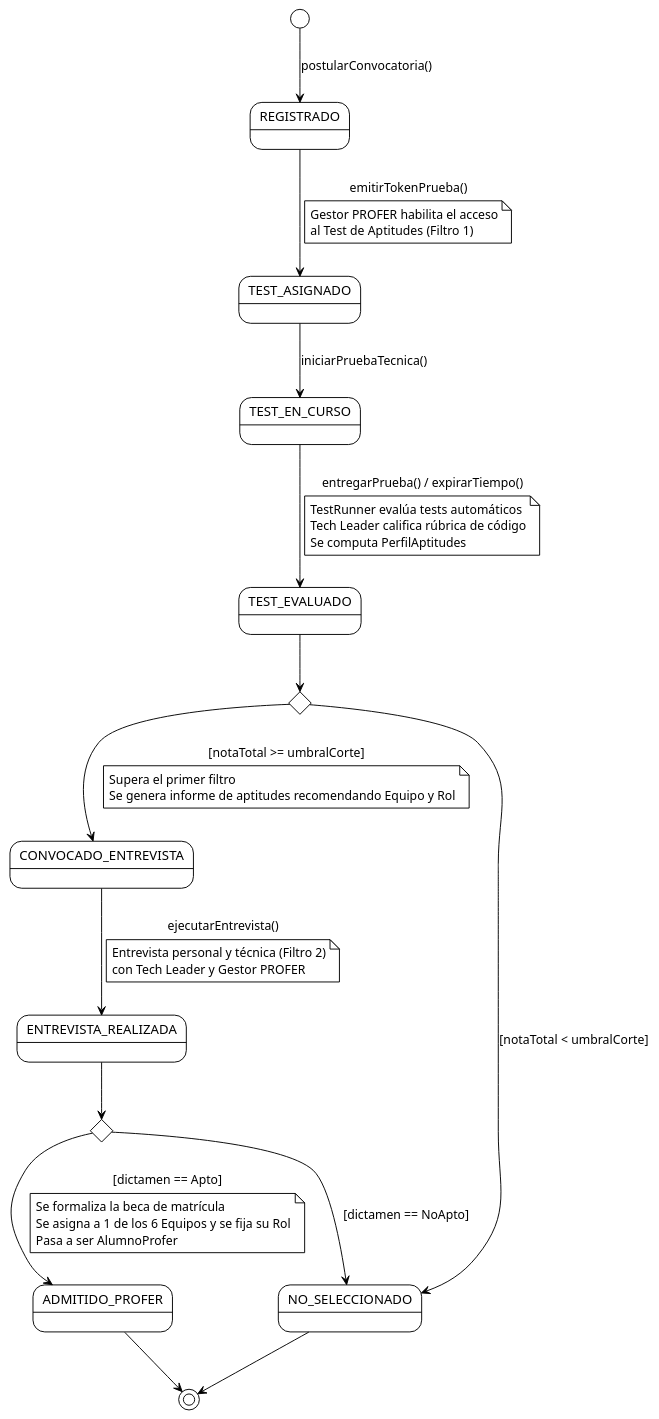
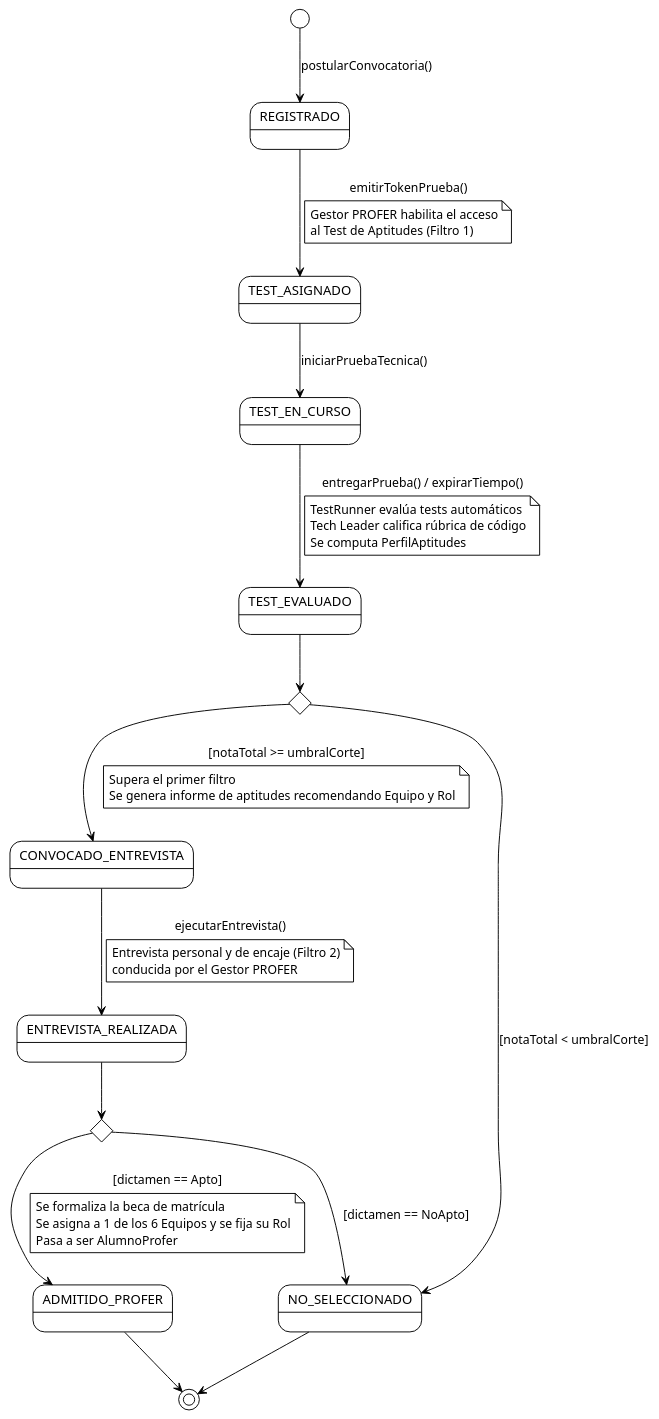
The diagram in RUP/00-modelo-del-dominio/estados-entidades/candidatura-estados.puml (TheMoys/CTS-Academy), drawn with PlantUML before and after one commit. The commit also changed 2 other files, not shown here.

Commit message:
docs(dominio): ajustar responsabilidades; entrevista exclusiva de GestorProfer y acceso de consulta del TL a PerfilAptitudes

```diff
--- a/RUP/00-modelo-del-dominio/estados-entidades/candidatura-estados.puml
+++ b/RUP/00-modelo-del-dominio/estados-entidades/candidatura-estados.puml
@@ -1,59 +1,59 @@
 @startuml candidatura-estados
 
 !theme plain
 skinparam state {
   BackgroundColor White
   BorderColor Black
   ArrowColor Black
 }
 
 [*] --> REGISTRADO : postularConvocatoria()
 
 REGISTRADO --> TEST_ASIGNADO : emitirTokenPrueba()
 note on link
   Gestor PROFER habilita el acceso
   al Test de Aptitudes (Filtro 1)
 end note
 
 TEST_ASIGNADO --> TEST_EN_CURSO : iniciarPruebaTecnica()
 
 TEST_EN_CURSO --> TEST_EVALUADO : entregarPrueba() / expirarTiempo()
 note on link
   TestRunner evalúa tests automáticos
   Tech Leader califica rúbrica de código
   Se computa PerfilAptitudes
 end note
 
 state c_filtro1 <<choice>>
 TEST_EVALUADO --> c_filtro1
 
 c_filtro1 --> CONVOCADO_ENTREVISTA : [notaTotal >= umbralCorte]
 note on link
   Supera el primer filtro
   Se genera informe de aptitudes recomendando Equipo y Rol
 end note
 
 c_filtro1 --> NO_SELECCIONADO : [notaTotal < umbralCorte]
 
 CONVOCADO_ENTREVISTA --> ENTREVISTA_REALIZADA : ejecutarEntrevista()
 note on link
-  Entrevista personal y técnica (Filtro 2)
-  con Tech Leader y Gestor PROFER
+  Entrevista personal y de encaje (Filtro 2)
+  conducida por el Gestor PROFER
 end note
 
 state c_filtro2 <<choice>>
 ENTREVISTA_REALIZADA --> c_filtro2
 
 c_filtro2 --> ADMITIDO_PROFER : [dictamen == Apto]
 note on link
   Se formaliza la beca de matrícula
   Se asigna a 1 de los 6 Equipos y se fija su Rol
   Pasa a ser AlumnoProfer
 end note
 
 c_filtro2 --> NO_SELECCIONADO : [dictamen == NoApto]
 
 ADMITIDO_PROFER --> [*]
 NO_SELECCIONADO --> [*]
 
 @enduml
```
